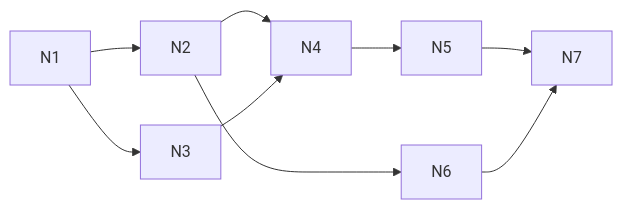
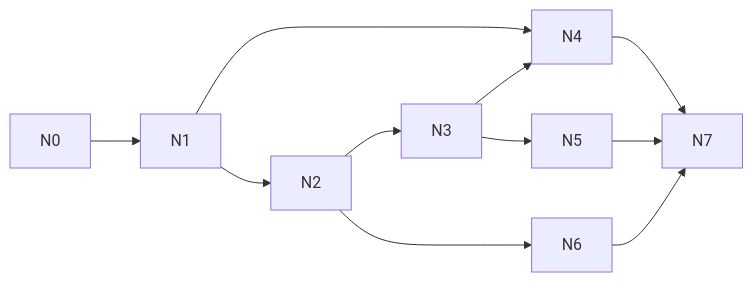
The diagram in docs/specs/linked-notes-build.md (szymonbalasz/pocket-plane), drawn with Mermaid before and after one commit. The commit also changed other lines of this file and 4 other files, not shown here.

````diff
--- a/docs/specs/linked-notes-build.md
+++ b/docs/specs/linked-notes-build.md
@@ -75,11 +121,13 @@
 ```mermaid
 graph LR
+  N0 --> N1
   N1 --> N2
-  N1 --> N3
-  N2 --> N4
+  N1 --> N4
+  N2 --> N3
   N3 --> N4
-  N4 --> N5
+  N3 --> N5
   N2 --> N6
+  N4 --> N7
   N5 --> N7
   N6 --> N7
 ```
````
